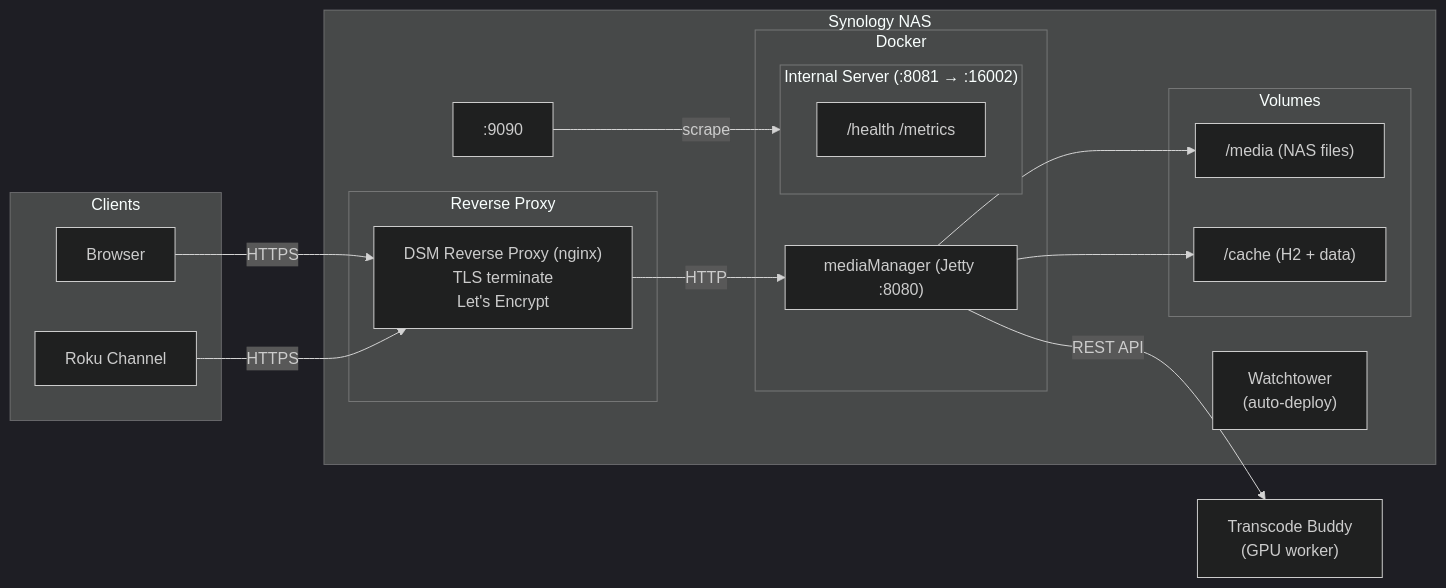
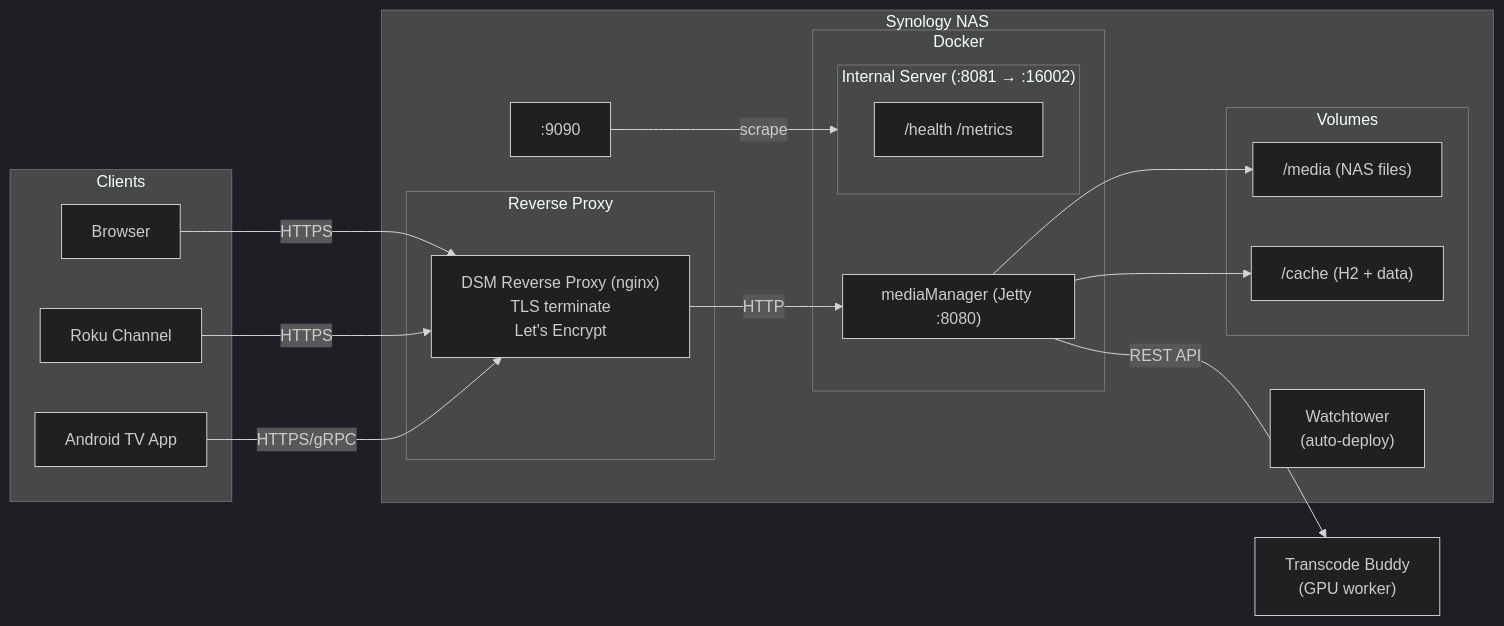
The diagram in docs/index.md (jeffbstewart/MediaManager), drawn with Mermaid (dark theme) before and after one commit. The commit also changed other lines of this file and 2 other files, not shown here.

First line of the commit message:
Add Android TV Guide and link into docs

````diff
--- a/docs/index.md
+++ b/docs/index.md
@@ -64,40 +66,42 @@
 ```mermaid
 graph LR
     subgraph Clients
         Browser
         Roku[Roku Channel]
+        AndroidTV[Android TV App]
     end
 
     subgraph NAS["Synology NAS"]
         subgraph Proxy["Reverse Proxy"]
             nginx["DSM Reverse Proxy (nginx)<br/>TLS terminate<br/>Let's Encrypt"]
         end
 
         subgraph Docker
             subgraph App["mediaManager (Jetty :8080)"]
                 direction TB
             end
             subgraph Internal["Internal Server (:8081 → :16002)"]
                 health["/health /metrics"]
             end
         end
 
         Watchtower["Watchtower<br/>(auto-deploy)"]
         Prometheus[":9090"]
 
         subgraph Volumes
             media["/media (NAS files)"]
             cache["/cache (H2 + data)"]
         end
     end
 
     Buddy["Transcode Buddy<br/>(GPU worker)"]
 
     Browser -- HTTPS --> nginx
     Roku -- HTTPS --> nginx
+    AndroidTV -- HTTPS/gRPC --> nginx
     nginx -- HTTP --> App
     App --> media
     App --> cache
     Prometheus -- scrape --> Internal
     App -- REST API --> Buddy
 ```
````
